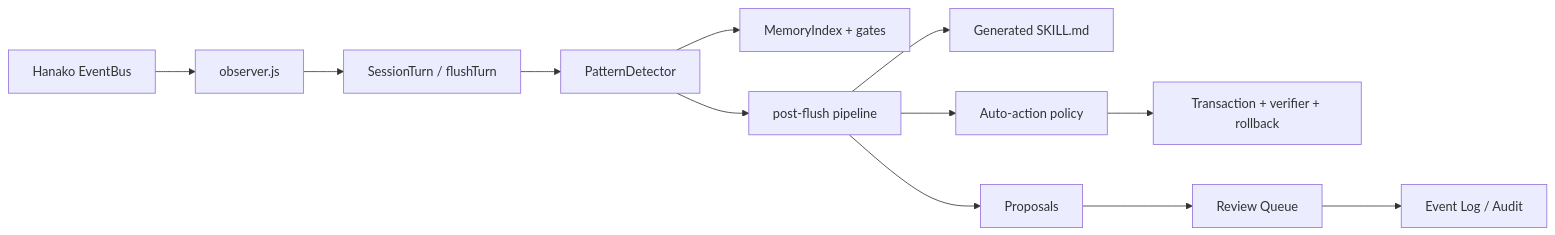
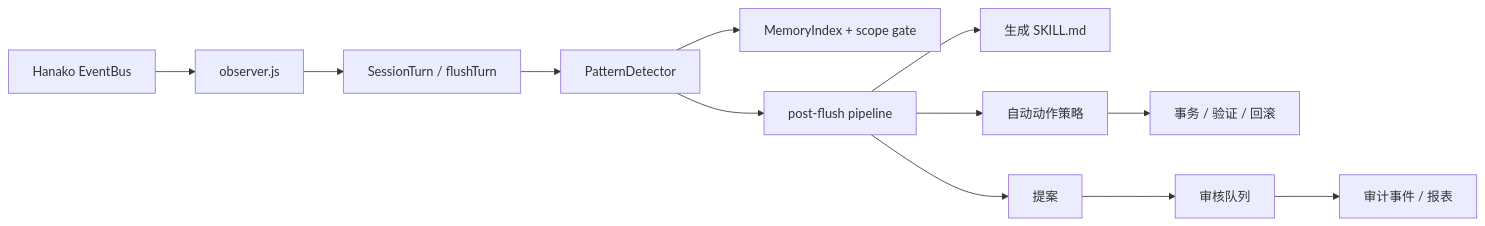
Before and after one commit to 326sun/Hanako-runtime-learner: the diagram in README.md, drawn with Mermaid. The commit also changed other lines of this file and 64 other files, not shown here.

````diff
--- a/README.md
+++ b/README.md
@@ -146,14 +146,14 @@
 ```mermaid
 flowchart LR
     EventBus["Hanako EventBus"] --> Observer["observer.js"]
     Observer --> Turn["SessionTurn / flushTurn"]
     Turn --> Detector["PatternDetector"]
-    Detector --> Retrieval["MemoryIndex + gates"]
+    Detector --> Retrieval["MemoryIndex + scope gate"]
     Detector --> Pipeline["post-flush pipeline"]
-    Pipeline --> Skill["Generated SKILL.md"]
-    Pipeline --> Actions["Auto-action policy"]
-    Actions --> Txn["Transaction + verifier + rollback"]
-    Pipeline --> Proposals["Proposals"]
-    Proposals --> Review["Review Queue"]
-    Review --> Audit["Event Log / Audit"]
+    Pipeline --> Skill["生成 SKILL.md"]
+    Pipeline --> Actions["自动动作策略"]
+    Actions --> Txn["事务 / 验证 / 回滚"]
+    Pipeline --> Proposals["提案"]
+    Proposals --> Review["审核队列"]
+    Review --> Audit["审计事件 / 报表"]
 ```
````
